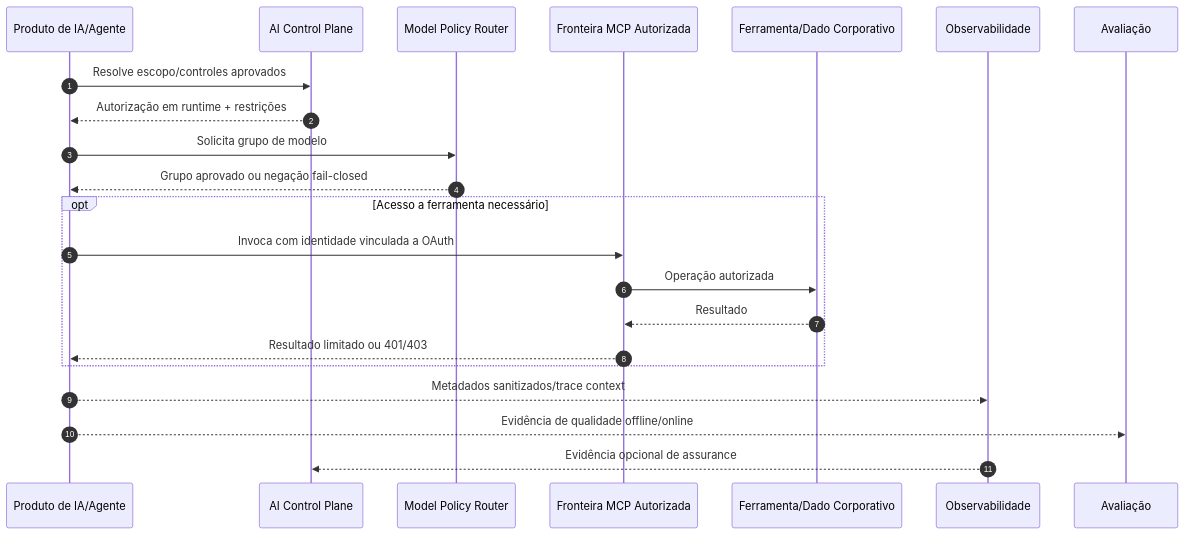
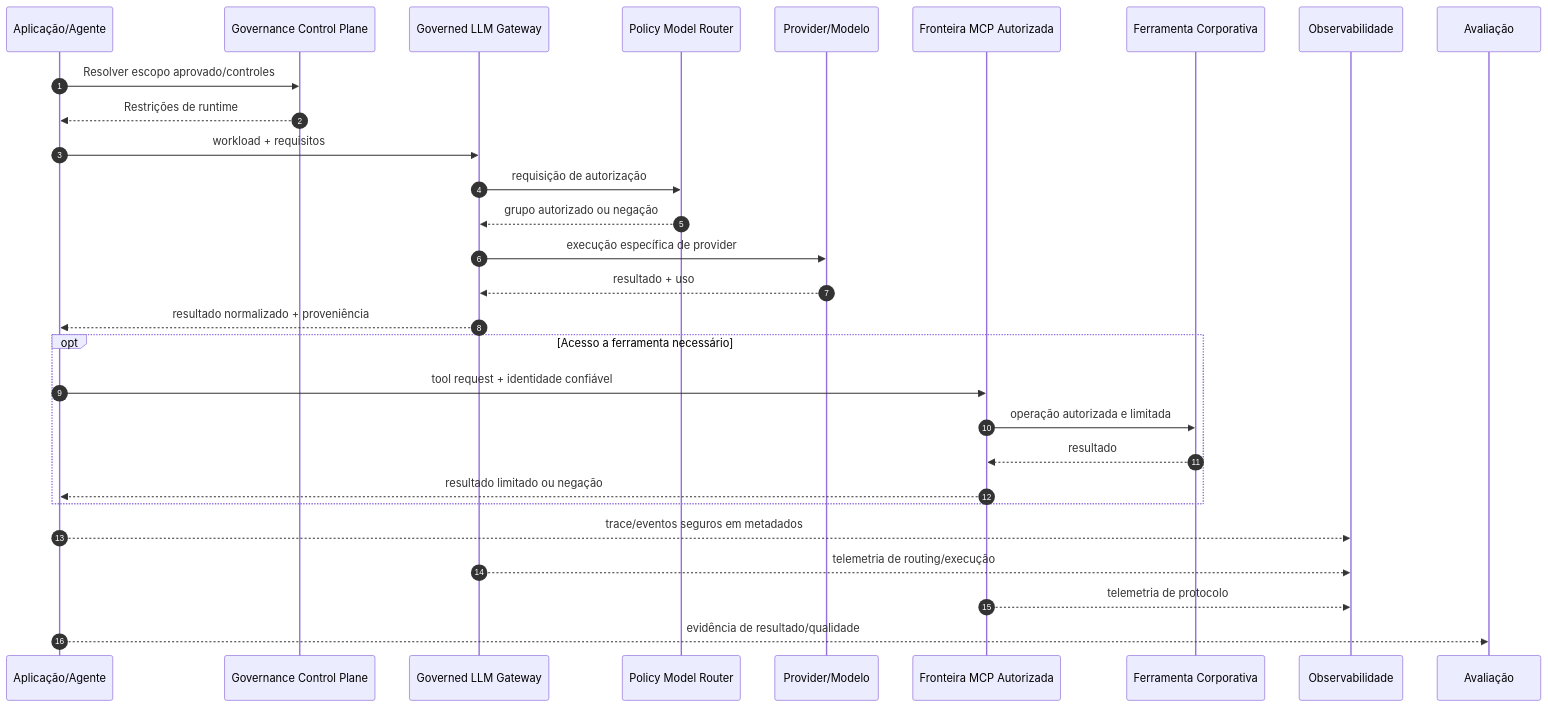
Before and after one commit to brunovicco/brunovicco: the second of 2 diagrams in PORTFOLIO_ARCHITECTURE.pt-BR.md, drawn with Mermaid. The commit also changed other lines of this file and 3 other files, not shown here.

````diff
--- a/PORTFOLIO_ARCHITECTURE.pt-BR.md
+++ b/PORTFOLIO_ARCHITECTURE.pt-BR.md
@@ -336,27 +717,37 @@
 ```mermaid
 sequenceDiagram
     autonumber
-    participant App as Produto de IA/Agente
-    participant Gov as AI Control Plane
-    participant Router as Model Policy Router
+
+    participant App as Aplicação/Agente
+    participant Gov as Governance Control Plane
+    participant GW as Governed LLM Gateway
+    participant PDP as Policy Model Router
+    participant LLM as Provider/Modelo
     participant MCP as Fronteira MCP Autorizada
-    participant Tool as Ferramenta/Dado Corporativo
+    participant Tool as Ferramenta Corporativa
     participant OTel as Observabilidade
     participant Eval as Avaliação
 
-    App->>Gov: Resolve escopo/controles aprovados
-    Gov-->>App: Autorização em runtime + restrições
-    App->>Router: Solicita grupo de modelo
-    Router-->>App: Grupo aprovado ou negação fail-closed
+    App->>Gov: Resolver escopo aprovado/controles
+    Gov-->>App: Restrições de runtime
+
+    App->>GW: workload + requisitos
+    GW->>PDP: requisição de autorização
+    PDP-->>GW: grupo autorizado ou negação
+    GW->>LLM: execução específica de provider
+    LLM-->>GW: resultado + uso
+    GW-->>App: resultado normalizado + proveniência
 
     opt Acesso a ferramenta necessário
-        App->>MCP: Invoca com identidade vinculada a OAuth
-        MCP->>Tool: Operação autorizada
-        Tool-->>MCP: Resultado
-        MCP-->>App: Resultado limitado ou 401/403
+        App->>MCP: tool request + identidade confiável
+        MCP->>Tool: operação autorizada e limitada
+        Tool-->>MCP: resultado
+        MCP-->>App: resultado limitado ou negação
     end
 
-    App-->>OTel: Metadados sanitizados/trace context
-    App-->>Eval: Evidência de qualidade offline/online
-    OTel-->>Gov: Evidência opcional de assurance
+    App-->>OTel: trace/eventos seguros em metadados
+    GW-->>OTel: telemetria de routing/execução
+    MCP-->>OTel: telemetria de protocolo
+
+    App-->>Eval: evidência de resultado/qualidade
 ```
````
